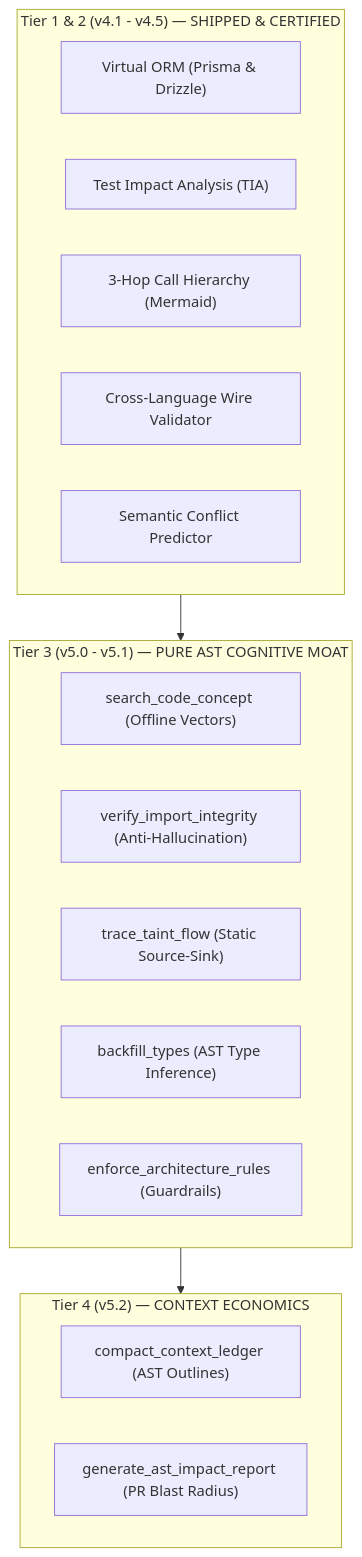
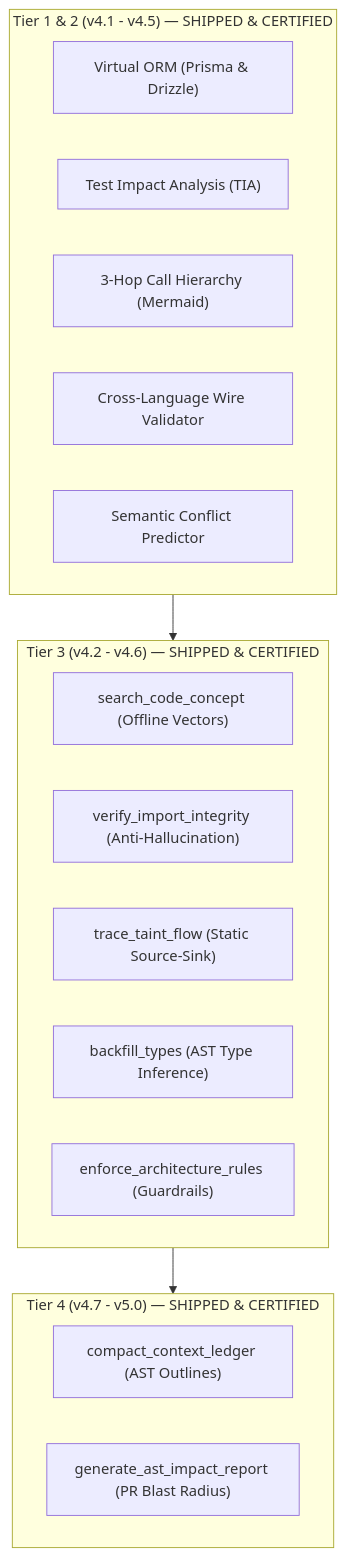
The diagram in docs/ROADMAP-ENTERPRISE-AGENTIC-2026.md (achatainga/mcp-code-context), drawn with Mermaid before and after one commit. The commit also changed other lines of this file, not shown here.

Commit message:
docs(roadmap): certify all 12 pure AST features shipped in v5.0.0

````diff
--- a/docs/ROADMAP-ENTERPRISE-AGENTIC-2026.md
+++ b/docs/ROADMAP-ENTERPRISE-AGENTIC-2026.md
@@ -171,25 +171,25 @@
 ```mermaid
 flowchart TD
     subgraph Tier1_2["Tier 1 & 2 (v4.1 - v4.5) — SHIPPED & CERTIFIED"]
         T1["Virtual ORM (Prisma & Drizzle)"]
         T2["Test Impact Analysis (TIA)"]
         T3["3-Hop Call Hierarchy (Mermaid)"]
         T4["Cross-Language Wire Validator"]
         T5["Semantic Conflict Predictor"]
     end
 
-    subgraph Tier3["Tier 3 (v5.0 - v5.1) — PURE AST COGNITIVE MOAT"]
+    subgraph Tier3["Tier 3 (v4.2 - v4.6) — SHIPPED & CERTIFIED"]
         T6["search_code_concept (Offline Vectors)"]
         T7["verify_import_integrity (Anti-Hallucination)"]
         T8["trace_taint_flow (Static Source-Sink)"]
         T9["backfill_types (AST Type Inference)"]
         T10["enforce_architecture_rules (Guardrails)"]
     end
 
-    subgraph Tier4["Tier 4 (v5.2) — CONTEXT ECONOMICS"]
+    subgraph Tier4["Tier 4 (v4.7 - v5.0) — SHIPPED & CERTIFIED"]
         T11["compact_context_ledger (AST Outlines)"]
         T12["generate_ast_impact_report (PR Blast Radius)"]
     end
 
     Tier1_2 --> Tier3 --> Tier4
 ```
````
